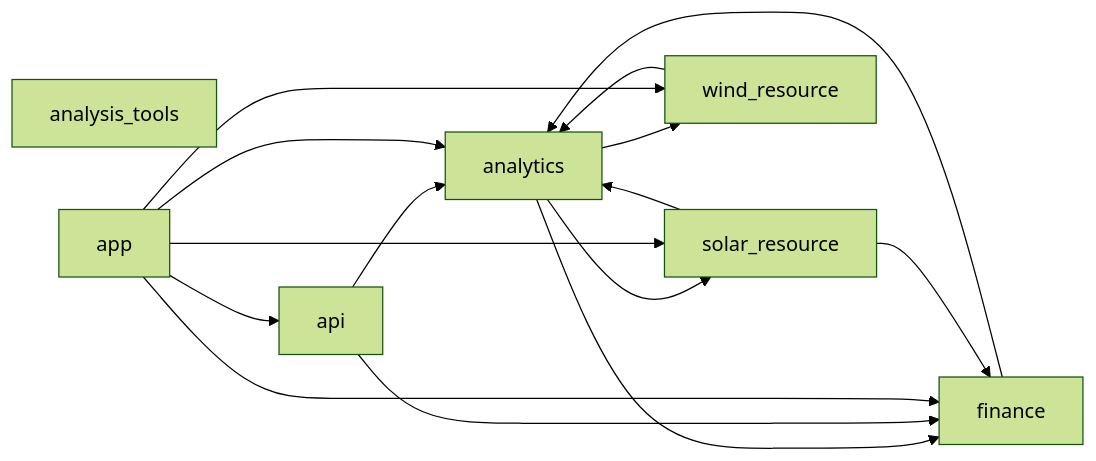
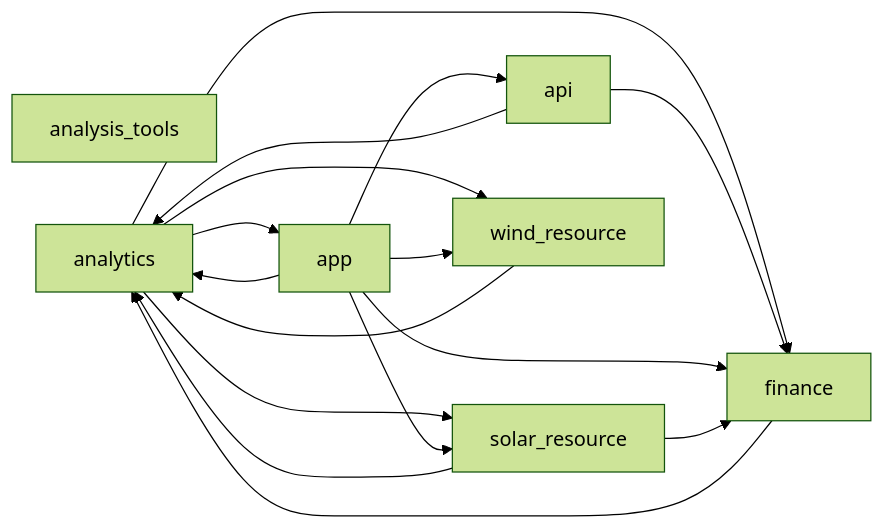
The diagram in docs/architecture_import_graph.mmd (arunakulat/dutchbay-epc-model), drawn with Mermaid (forest theme) before and after one commit. The commit also changed 6 other files, not shown here.

```diff
--- a/docs/architecture_import_graph.mmd
+++ b/docs/architecture_import_graph.mmd
@@ -1,25 +1,26 @@
 %% AUTO-GENERATED by scripts/gen_architecture_diagram.py — do not edit by hand.
 %% Regenerate with: python scripts/gen_architecture_diagram.py
 %% Each edge A --> B means a module in package A imports package B.
 flowchart LR
     analysis_tools[analysis_tools]
     analytics[analytics]
     api[api]
     app[app]
     finance[finance]
     solar_resource[solar_resource]
     wind_resource[wind_resource]
+    analytics --> app
     analytics --> finance
     analytics --> solar_resource
     analytics --> wind_resource
     api --> analytics
     api --> finance
     app --> analytics
     app --> api
     app --> finance
     app --> solar_resource
     app --> wind_resource
     finance --> analytics
     solar_resource --> analytics
     solar_resource --> finance
     wind_resource --> analytics
```
